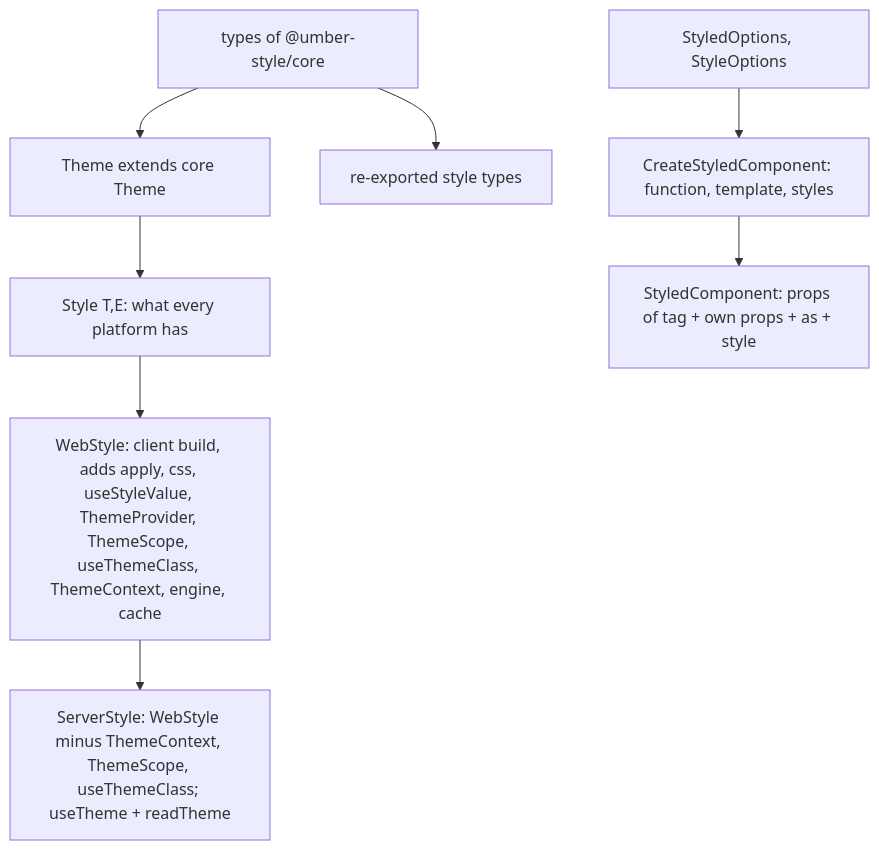
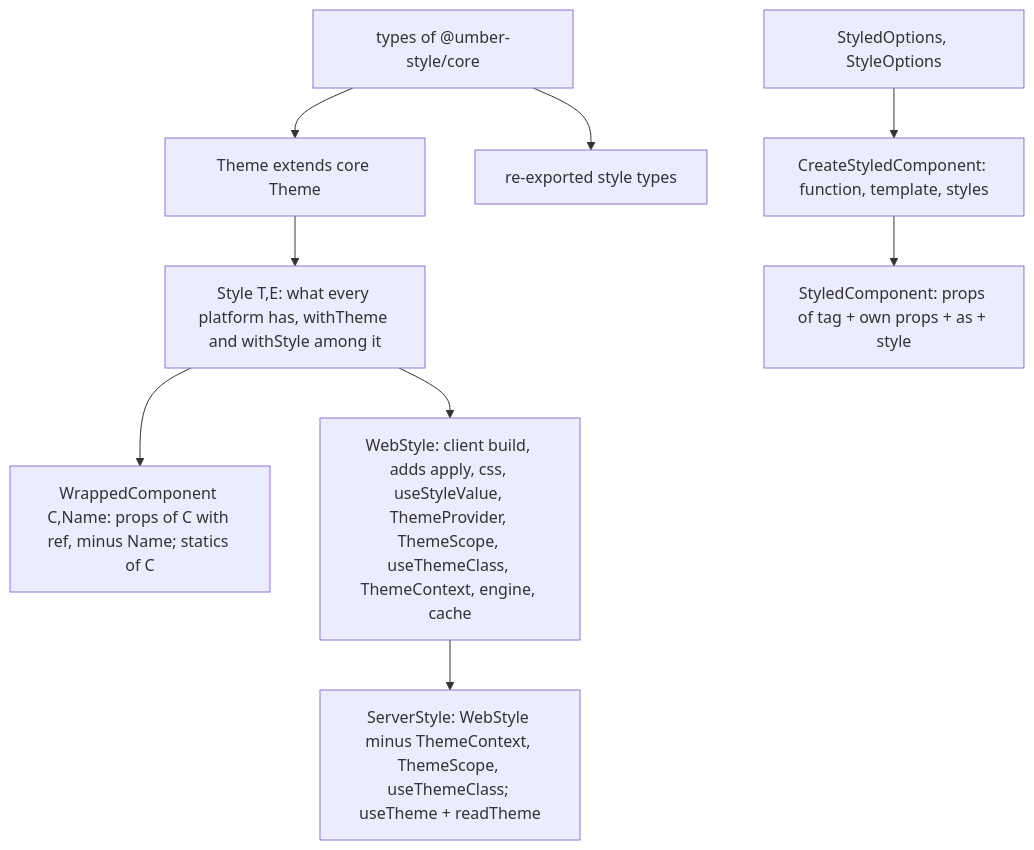
One commit to soroush-tech/umber-style changed the diagram in packages/react/src/types.md. Above: the diagram before and after it, drawn with Mermaid. The commit also changed other lines of this file and 47 other files, not shown here.

Commit message:
feat: withTheme and withStyle give a class component the theme and a sheet's resolved entries as props, in the React and React Native bindings and the umbrella - close #93

````diff
--- a/packages/react/src/types.md
+++ b/packages/react/src/types.md
@@ -23,10 +24,11 @@
 ```mermaid
 flowchart TD
   core["types of @umber-style/core"] --> theme["Theme extends core Theme"]
   core --> reexp["re-exported style types"]
-  theme --> styleNode["Style T,E: what every platform has"]
+  theme --> styleNode["Style T,E: what every platform has, withTheme and withStyle among it"]
+  styleNode --> wrapped["WrappedComponent C,Name: props of C with ref, minus Name; statics of C"]
   styleNode --> web["WebStyle: client build, adds apply, css, useStyleValue, ThemeProvider, ThemeScope, useThemeClass, ThemeContext, engine, cache"]
   web --> server["ServerStyle: WebStyle minus ThemeContext, ThemeScope, useThemeClass; useTheme + readTheme"]
   opts["StyledOptions, StyleOptions"] --> styledT["CreateStyledComponent: function, template, styles"]
   styledT --> comp["StyledComponent: props of tag + own props + as + style"]
 ```
````
